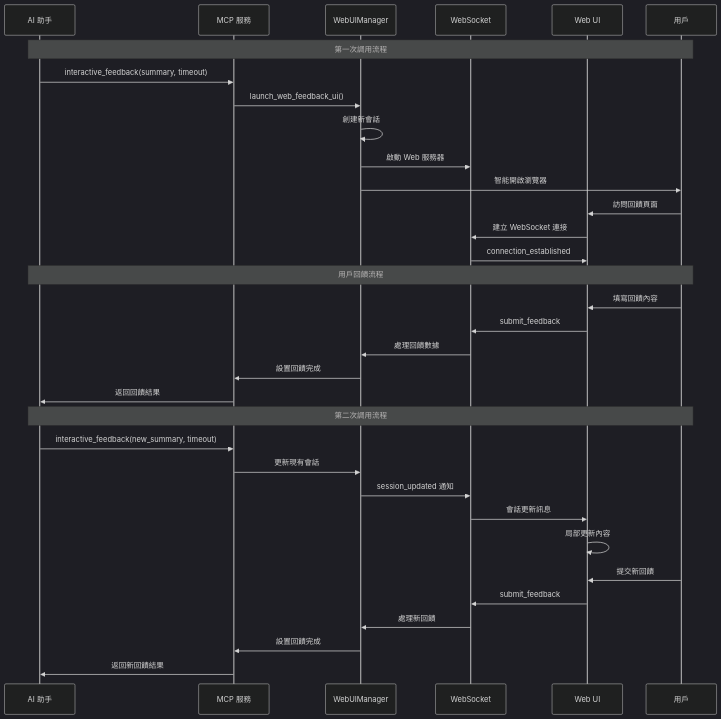
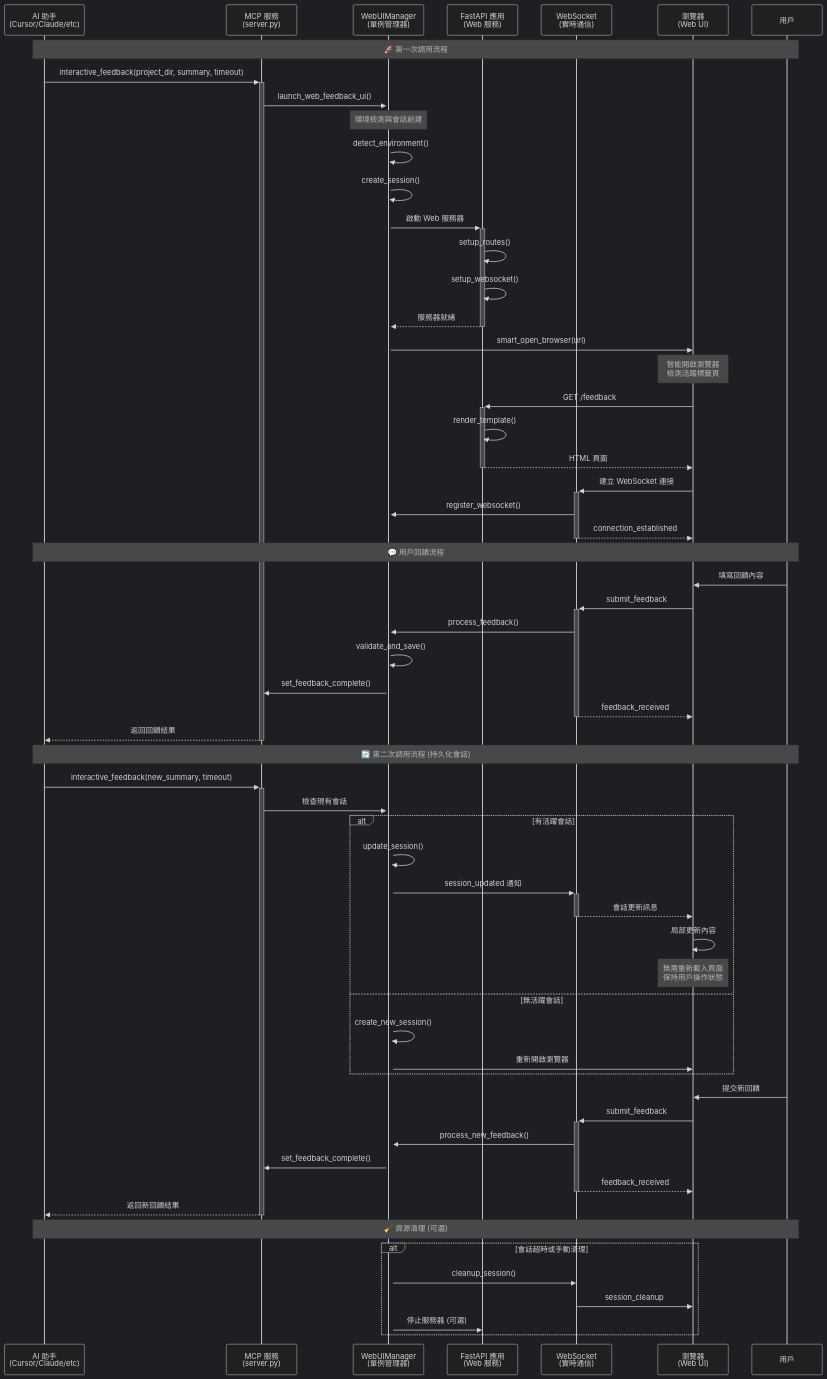
One commit to zetxtech/mcp-feedback-enhanced changed the first of 7 diagrams in docs/architecture/interaction-flows.md. Above: the diagram before and after it, drawn with Mermaid (dark theme). The commit also changed other lines of this file and 4 other files, not shown here.

````diff
--- a/docs/architecture/interaction-flows.md
+++ b/docs/architecture/interaction-flows.md
@@ -11,38 +19,72 @@
 ```mermaid
 sequenceDiagram
-    participant AI as AI 助手
-    participant MCP as MCP 服務
-    participant WM as WebUIManager
-    participant WS as WebSocket
-    participant UI as Web UI
+    participant AI as AI 助手<br/>(Cursor/Claude/etc)
+    participant MCP as MCP 服務<br/>(server.py)
+    participant WM as WebUIManager<br/>(單例管理器)
+    participant FastAPI as FastAPI 應用<br/>(Web 服務)
+    participant WS as WebSocket<br/>(實時通信)
+    participant Browser as 瀏覽器<br/>(Web UI)
     participant User as 用戶
 
-    Note over AI,User: 第一次調用流程
-    AI->>MCP: interactive_feedback(summary, timeout)
-    MCP->>WM: launch_web_feedback_ui()
-    WM->>WM: 創建新會話
-    WM->>WS: 啟動 Web 服務器
-    WM->>User: 智能開啟瀏覽器
-    User->>UI: 訪問回饋頁面
-    UI->>WS: 建立 WebSocket 連接
-    WS->>UI: connection_established
+    Note over AI,User: 🚀 第一次調用流程
+    AI->>+MCP: interactive_feedback(project_dir, summary, timeout)
+    MCP->>+WM: launch_web_feedback_ui()
 
-    Note over AI,User: 用戶回饋流程
-    User->>UI: 填寫回饋內容
-    UI->>WS: submit_feedback
-    WS->>WM: 處理回饋數據
-    WM->>MCP: 設置回饋完成
-    MCP->>AI: 返回回饋結果
+    Note over WM: 環境檢測與會話創建
+    WM->>WM: detect_environment()
+    WM->>WM: create_session()
 
-    Note over AI,User: 第二次調用流程
-    AI->>MCP: interactive_feedback(new_summary, timeout)
-    MCP->>WM: 更新現有會話
-    WM->>WS: session_updated 通知
-    WS->>UI: 會話更新訊息
-    UI->>UI: 局部更新內容
-    User->>UI: 提交新回饋
-    UI->>WS: submit_feedback
-    WS->>WM: 處理新回饋
-    WM->>MCP: 設置回饋完成
-    MCP->>AI: 返回新回饋結果
+    WM->>+FastAPI: 啟動 Web 服務器
+    FastAPI->>FastAPI: setup_routes()
+    FastAPI->>FastAPI: setup_websocket()
+    FastAPI-->>-WM: 服務器就緒
+
+    WM->>Browser: smart_open_browser(url)
+    Note over Browser: 智能開啟瀏覽器<br/>檢測活躍標籤頁
+
+    Browser->>+FastAPI: GET /feedback
+    FastAPI->>FastAPI: render_template()
+    FastAPI-->>-Browser: HTML 頁面
+
+    Browser->>+WS: 建立 WebSocket 連接
+    WS->>WM: register_websocket()
+    WS-->>-Browser: connection_established
+
+    Note over AI,User: 💬 用戶回饋流程
+    User->>Browser: 填寫回饋內容
+    Browser->>+WS: submit_feedback
+    WS->>WM: process_feedback()
+    WM->>WM: validate_and_save()
+    WM->>MCP: set_feedback_complete()
+    WS-->>-Browser: feedback_received
+    MCP-->>-AI: 返回回饋結果
+
+    Note over AI,User: 🔄 第二次調用流程 (持久化會話)
+    AI->>+MCP: interactive_feedback(new_summary, timeout)
+    MCP->>+WM: 檢查現有會話
+
+    alt 有活躍會話
+        WM->>WM: update_session()
+        WM->>+WS: session_updated 通知
+        WS-->>-Browser: 會話更新訊息
+        Browser->>Browser: 局部更新內容
+        Note over Browser: 無需重新載入頁面<br/>保持用戶操作狀態
+    else 無活躍會話
+        WM->>WM: create_new_session()
+        WM->>Browser: 重新開啟瀏覽器
+    end
+
+    User->>Browser: 提交新回饋
+    Browser->>+WS: submit_feedback
+    WS->>WM: process_new_feedback()
+    WM->>MCP: set_feedback_complete()
+    WS-->>-Browser: feedback_received
+    MCP-->>-AI: 返回新回饋結果
+
+    Note over AI,User: 🧹 資源清理 (可選)
+    alt 會話超時或手動清理
+        WM->>WS: cleanup_session()
+        WS->>Browser: session_cleanup
+        WM->>FastAPI: 停止服務器 (可選)
+    end
 ```
````
